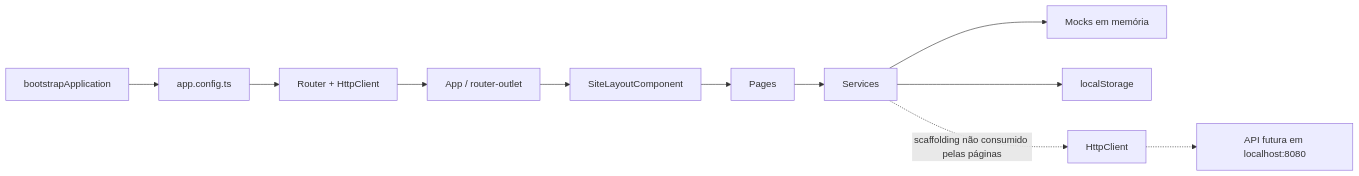
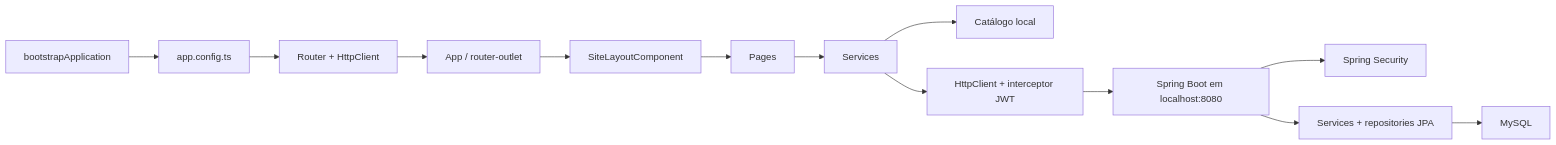
Before and after one commit to Fabrizio-bezerra99/codeink: the first of 5 diagrams in PI_/docs/ARCHITECTURE.md, drawn with Mermaid. The commit also changed other lines of this file and 9 other files, not shown here.

````diff
--- a/PI_/docs/ARCHITECTURE.md
+++ b/PI_/docs/ARCHITECTURE.md
@@ -18,13 +16,15 @@
 ```mermaid
 flowchart LR
     B["bootstrapApplication"] --> C["app.config.ts"]
     C --> R["Router + HttpClient"]
     R --> A["App / router-outlet"]
     A --> L["SiteLayoutComponent"]
     L --> P["Pages"]
     P --> S["Services"]
-    S --> M["Mocks em memória"]
-    S --> LS["localStorage"]
-    S -. "scaffolding não consumido pelas páginas" .-> H["HttpClient"]
-    H -.-> API["API futura em localhost:8080"]
+    S --> M["Catálogo local"]
+    S --> H["HttpClient + interceptor JWT"]
+    H --> API["Spring Boot em localhost:8080"]
+    API --> SEC["Spring Security"]
+    API --> JPA["Services + repositories JPA"]
+    JPA --> DB["MySQL"]
 ```
````
